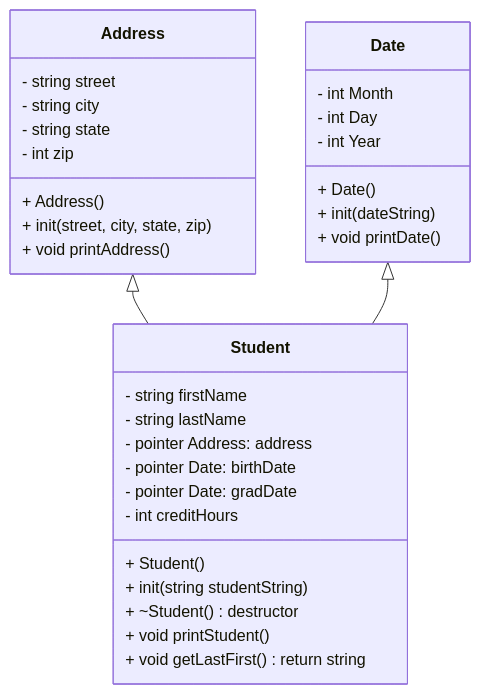
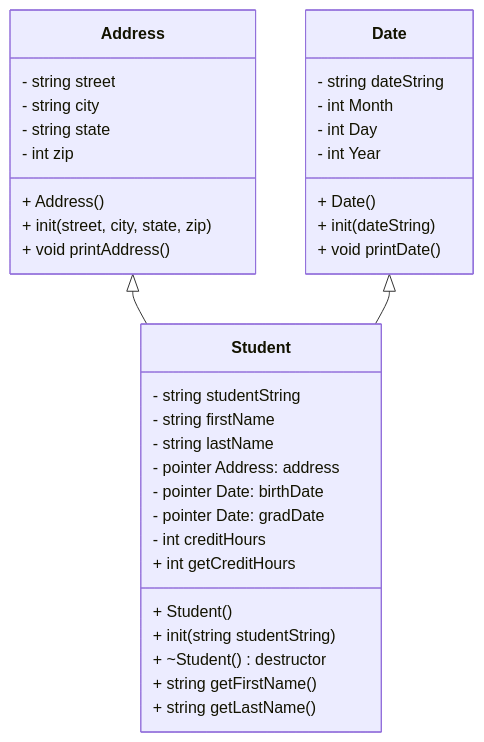
Before and after one commit to janblocker2003/HeapOfStudentsP1: the diagram in README.md, drawn with Mermaid.

Commit message:
fixed mermaid UML

````diff
--- a/README.md
+++ b/README.md
@@ -5,39 +5,42 @@
 ```mermaid
 classDiagram
 direction TB
     class Address {
 	    - string street
 	    - string city
 	    - string state
 	    - int zip
 	    + Address()
 	    + init(street, city, state, zip)
 	    + void printAddress()
     }
 
     class Date {
-	    - int Month
+	    - string dateString
+		- int Month
         - int Day
 	    - int Year
 	    + Date()
 	    + init(dateString)
 	    + void printDate()
     }
 
     class Student {
-	    - string firstName
+	    - string studentString
+		- string firstName
 	    - string lastName
         - pointer Address: address
 	    - pointer Date: birthDate
 	    - pointer Date: gradDate
 	    - int creditHours
 	    + Student()
 	    + init(string studentString)
 		+ ~Student() destructor
-	    + void printStudent()
-	    + void getLastFirst() return string
+	    + string getFirstName()
+		+ string getLastName()
+		+ int getCreditHours
     }
 
     Address <|-- Student
     Date <|-- Student
 ```
````
